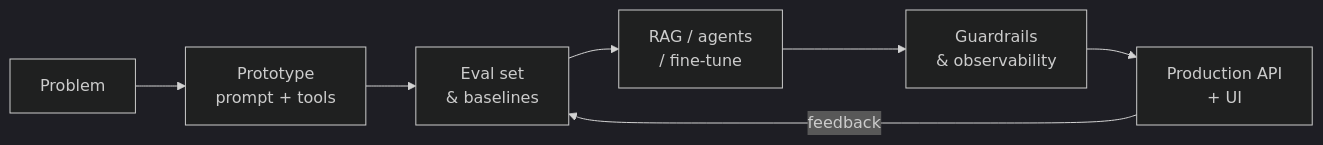
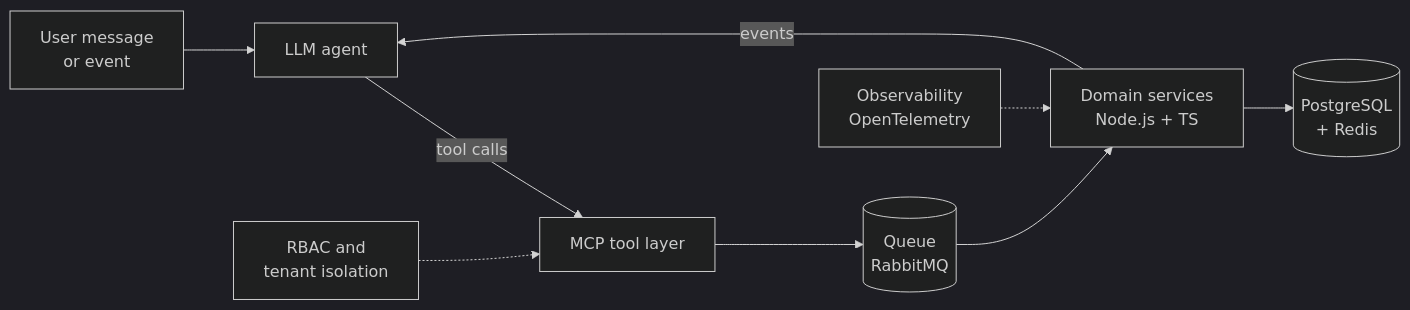
One commit to sunilgawai/sunilgawai changed the diagram in README.md. Above: the diagram before and after it, drawn with Mermaid (dark theme). The commit also changed other lines of this file and 4 other files, not shown here.

````diff
--- a/README.md
+++ b/README.md
@@ -95,9 +168,11 @@
 ```mermaid
 flowchart LR
-    A[Problem] --> B[Prototype<br/>prompt + tools]
-    B --> C[Eval set<br/>& baselines]
-    C --> D[RAG / agents<br/>/ fine-tune]
-    D --> E[Guardrails<br/>& observability]
-    E --> F[Production API<br/>+ UI]
-    F -->|feedback| C
+    U[User message<br/>or event] --> A[LLM agent]
+    A -->|tool calls| T[MCP tool layer]
+    T --> Q[(Queue<br/>RabbitMQ)]
+    Q --> S[Domain services<br/>Node.js + TS]
+    S --> D[(PostgreSQL<br/>+ Redis)]
+    G[RBAC and<br/>tenant isolation] -.-> T
+    O[Observability<br/>OpenTelemetry] -.-> S
+    S -->|events| A
 ```
````
